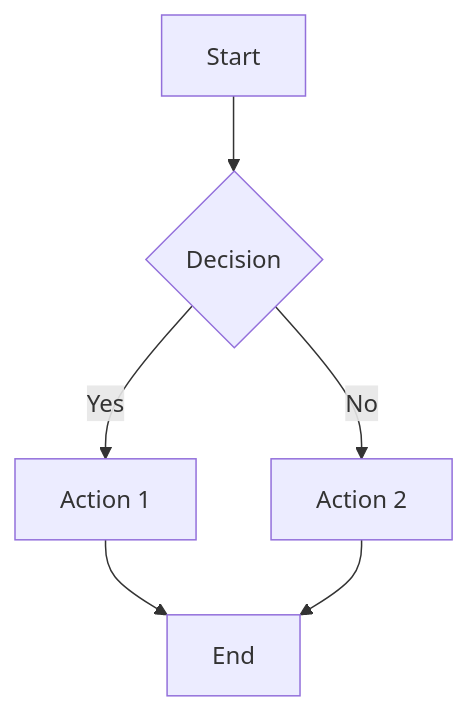
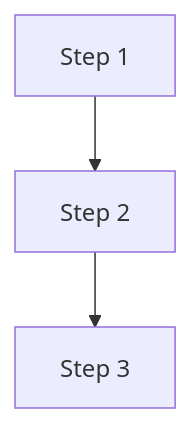
One commit to dexdat/SpecLang changed the diagram in specs/lenses.spec.dir/mermaid.spec.md. Above: the diagram before and after it, drawn with Mermaid. The commit also changed other lines of this file and 482 other files, not shown here.

````diff
--- a/specs/lenses.spec.dir/mermaid.spec.md
+++ b/specs/lenses.spec.dir/mermaid.spec.md
@@ -58,8 +41,5 @@
 ```mermaid
 flowchart TD
-    A[Start] --> B{Decision}
-    B -->|Yes| C[Action 1]
-    B -->|No| D[Action 2]
-    C --> E[End]
-    D --> E
+    A[Step 1] --> B[Step 2]
+    B --> C[Step 3]
 ```
````
